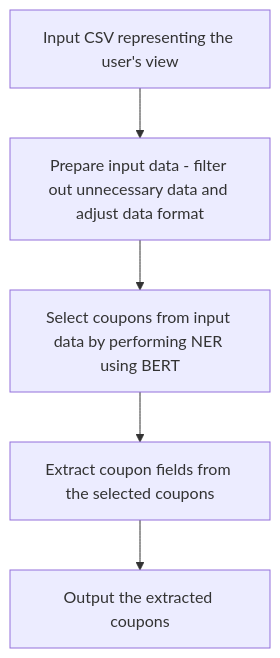
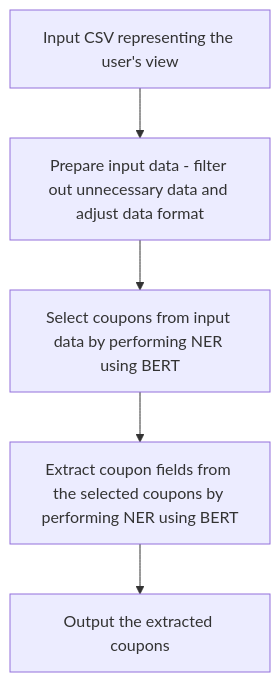
One commit to ZPP-MURMURAS/ZPP_Murmuras changed the diagram in docs/terminology_doc.md. Above: the diagram before and after it, drawn with Mermaid.

````diff
--- a/docs/terminology_doc.md
+++ b/docs/terminology_doc.md
@@ -159,7 +159,7 @@
 ```mermaid
 graph TD;
     A[Input CSV representing the user's view]-->B;
     B[Prepare input data - filter out unnecessary data and adjust data format]-->C;
     C[Select coupons from input data by performing NER using BERT]-->D;
-    D[Extract coupon fields from the selected coupons]-->E[Output the extracted coupons];
+    D[Extract coupon fields from the selected coupons by performing NER using BERT]-->E[Output the extracted coupons];
 ```
````
